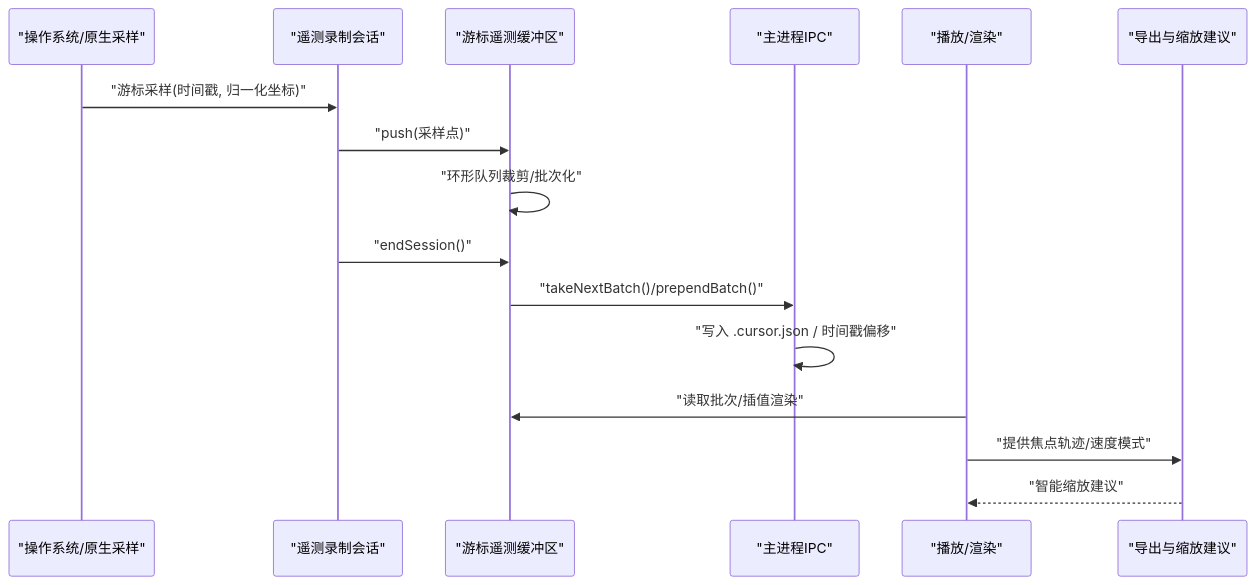
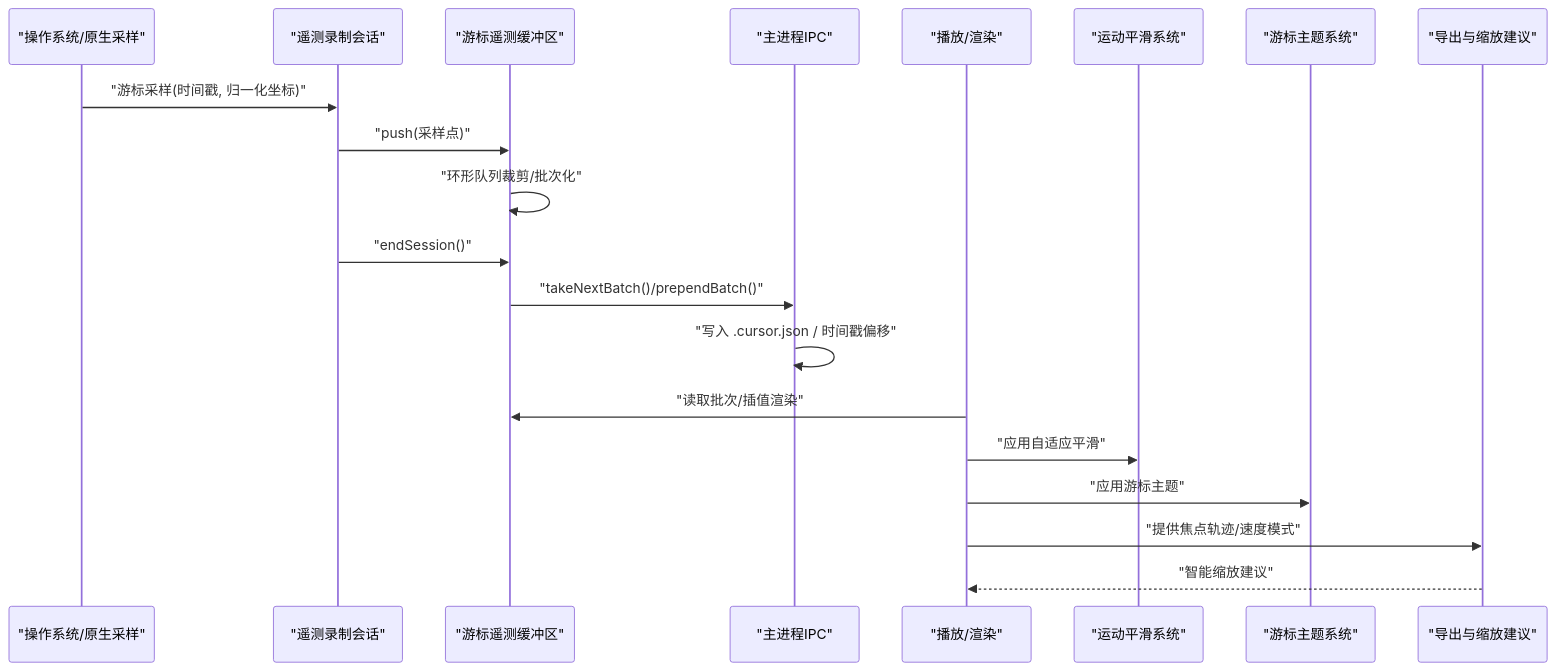
One commit to zhanggmin/openscreen changed the second of 9 diagrams in .qoder/repowiki/zh/content/游标遥测系统/游标遥测系统.md. Above: the diagram before and after it, drawn with Mermaid. The commit also changed other lines of this file and 68 other files, not shown here.

Commit message:
开发图文编辑功能

````diff
--- a/.qoder/repowiki/zh/content/游标遥测系统/游标遥测系统.md
+++ b/.qoder/repowiki/zh/content/游标遥测系统/游标遥测系统.md
@@ -92,18 +122,22 @@
 ```mermaid
 sequenceDiagram
 participant OS as "操作系统/原生采样"
 participant RS as "遥测录制会话"
 participant BUF as "游标遥测缓冲区"
 participant IPC as "主进程IPC"
 participant RENDER as "播放/渲染"
+participant SMOOTH as "运动平滑系统"
+participant THEME as "游标主题系统"
 participant EXPORT as "导出与缩放建议"
 OS->>RS : "游标采样(时间戳, 归一化坐标)"
 RS->>BUF : "push(采样点)"
 BUF->>BUF : "环形队列裁剪/批次化"
 RS->>BUF : "endSession()"
 BUF->>IPC : "takeNextBatch()/prependBatch()"
 IPC->>IPC : "写入 .cursor.json / 时间戳偏移"
 RENDER->>BUF : "读取批次/插值渲染"
+RENDER->>SMOOTH : "应用自适应平滑"
+RENDER->>THEME : "应用游标主题"
 RENDER->>EXPORT : "提供焦点轨迹/速度模式"
 EXPORT-->>RENDER : "智能缩放建议"
 ```
````
